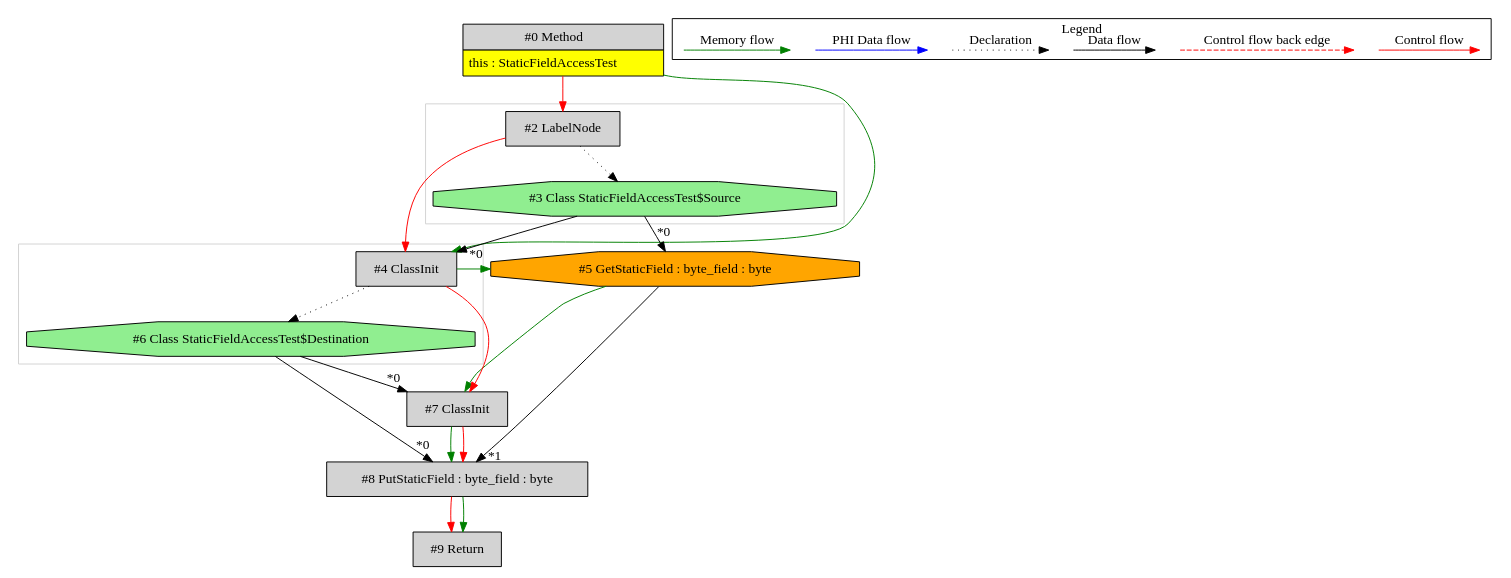
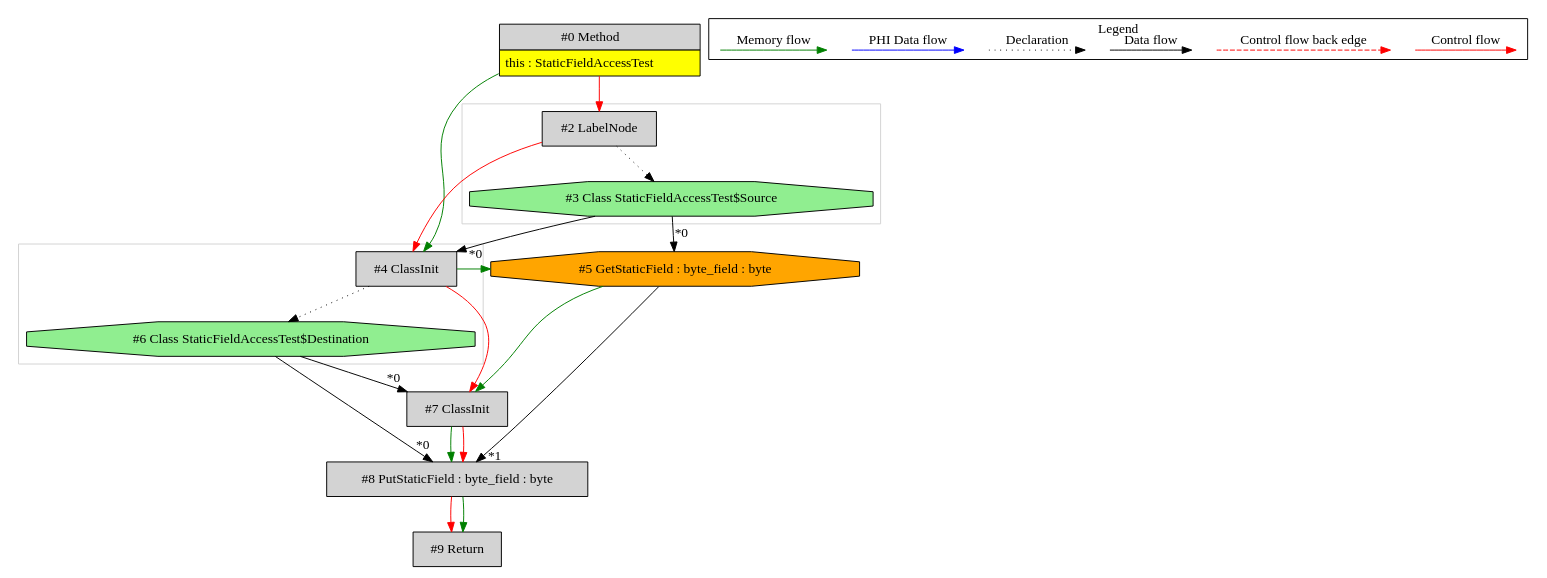
One commit to mirkosertic/MetaIR changed the diagram in de.mirkosertic.metair.ir.examples.StaticFieldAccessTest/copy_byte/ir.dot. Above: the diagram before and after it, drawn with Graphviz. The commit also changed other lines of this file and 712 other files, not shown here.

```diff
--- a/de.mirkosertic.metair.ir.examples.StaticFieldAccessTest/copy_byte/ir.dot
+++ b/de.mirkosertic.metair.ir.examples.StaticFieldAccessTest/copy_byte/ir.dot
@@ -1,65 +1,65 @@
 digraph {
  ordering="in";
  node0[margin="0", label=<<table border="0" cellborder="1" cellspacing="0" cellpadding="5"><tr><td colspan="1">#0 Method</td></tr><tr><td port="prj1" bgcolor="yellow">this : StaticFieldAccessTest</td></tr></table>>,shape=none, fillcolor=lightgrey, style=filled];
+ node4[label="#4 ClassInit",shape=box, fillcolor=lightgrey, style=filled];
+ node3 -> node4[headlabel="*0", labeldistance=2];
+ node0 -> node4[labeldistance=2, color=green, constraint=false];
+ node2 -> node4[labeldistance=2, color=red, fontcolor=red];
  node2[label="#2 LabelNode",shape=box, fillcolor=lightgrey, style=filled];
  node0 -> node2[labeldistance=2, color=red, fontcolor=red];
  node3[label="#3 Class StaticFieldAccessTest$Source",shape=octagon, fillcolor=lightgreen, style=filled];
  node2 -> node3[style=dotted];
  node5[label="#5 GetStaticField : byte_field : byte",shape=octagon, fillcolor=orange, style=filled];
  node3 -> node5[headlabel="*0", labeldistance=2];
  node4 -> node5[labeldistance=2, color=green, constraint=false];
- node4[label="#4 ClassInit",shape=box, fillcolor=lightgrey, style=filled];
- node3 -> node4[headlabel="*0", labeldistance=2];
- node0 -> node4[labeldistance=2, color=green, constraint=false];
- node2 -> node4[labeldistance=2, color=red, fontcolor=red];
- node6[label="#6 Class StaticFieldAccessTest$Destination",shape=octagon, fillcolor=lightgreen, style=filled];
- node4 -> node6[style=dotted];
  node7[label="#7 ClassInit",shape=box, fillcolor=lightgrey, style=filled];
  node6 -> node7[headlabel="*0", labeldistance=2];
  node5 -> node7[labeldistance=2, color=green, constraint=false];
  node4 -> node7[labeldistance=2, color=red, fontcolor=red];
+ node6[label="#6 Class StaticFieldAccessTest$Destination",shape=octagon, fillcolor=lightgreen, style=filled];
+ node4 -> node6[style=dotted];
  node8[label="#8 PutStaticField : byte_field : byte",shape=box, fillcolor=lightgrey, style=filled];
  node6 -> node8[headlabel="*0", labeldistance=2];
  node5 -> node8[headlabel="*1", labeldistance=2];
  node7 -> node8[labeldistance=2, color=green, constraint=false];
  node7 -> node8[labeldistance=2, color=red, fontcolor=red];
  node9[label="#9 Return",shape=box, fillcolor=lightgrey, style=filled];
  node8 -> node9[labeldistance=2, color=red, fontcolor=red];
  node8 -> node9[labeldistance=2, color=green, constraint=false];
  subgraph cluster_0 {
   color=lightgray;
-  node4;
-  node6;
+  node2;
+  node3;
  }
  subgraph cluster_1 {
   color=lightgray;
-  node2;
-  node3;
+  node4;
+  node6;
  }
  subgraph cluster_000 {
   label = "Legend";
   node [shape=point]
   {
    rank=same;
    c0 [style = invis];
    c1 [style = invis];
    c2 [style = invis];
    c3 [style = invis];
    d0 [style = invis];
    d1 [style = invis];
    d2 [style = invis];
    d3 [style = invis];
    d4 [style = invis];
    d5 [style = invis];
    d6 [style = invis];
    d7 [style = invis];
   }
   c0 -> c1 [label="Control flow", style=solid, color=red]
   c2 -> c3 [label="Control flow back edge", style=dashed, color=red]
   d0 -> d1 [label="Data flow"]
   d2 -> d3 [label="Declaration", style=dotted]
   d4 -> d5 [label="PHI Data flow", color=blue]
   d6 -> d7 [label="Memory flow", color=green]
  }
 
 }
```
